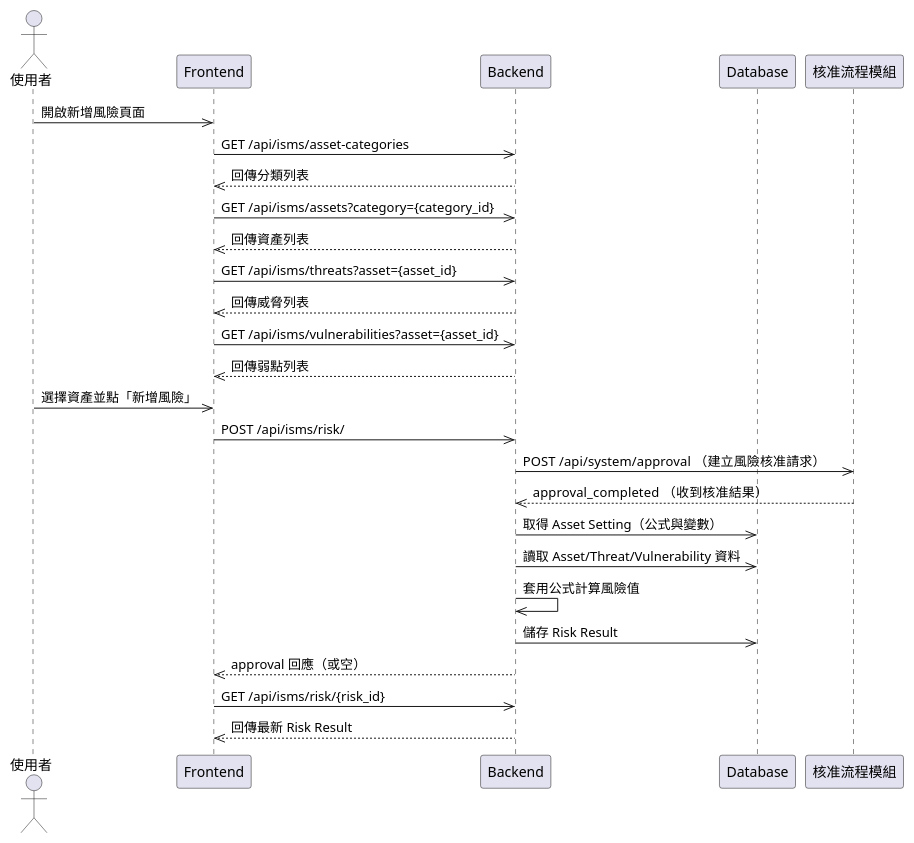
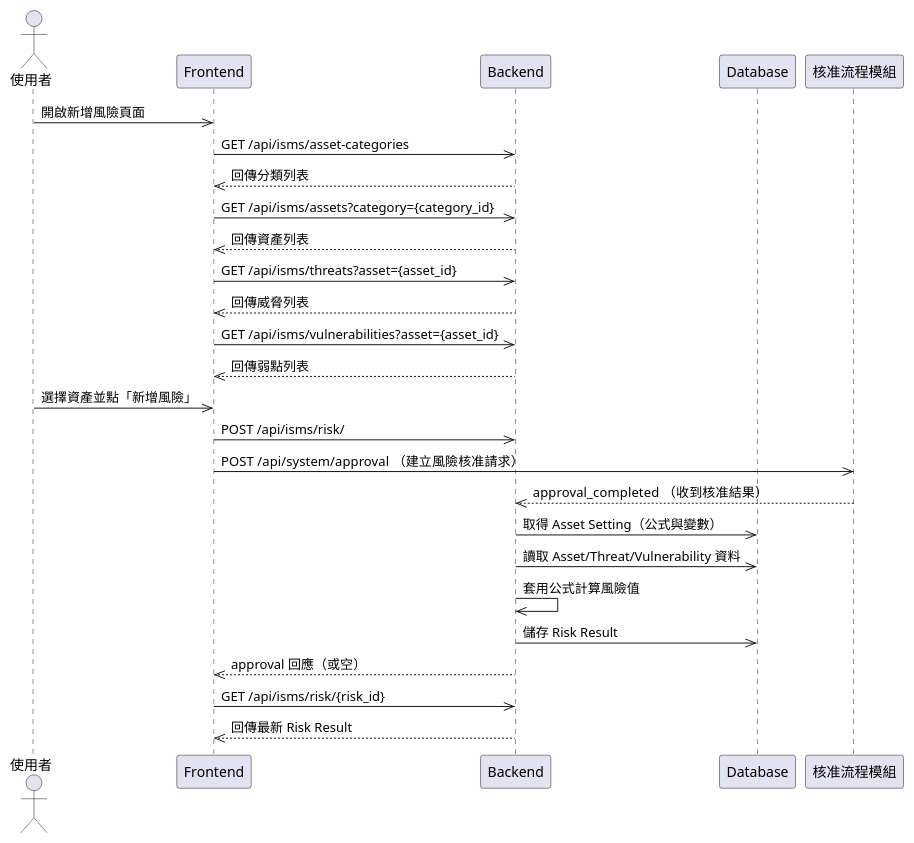
Before and after one commit to walle45611/NTUB_SecuManag_Diagram: the diagram in plantUML/sequence/risk_evaluation.puml, drawn with PlantUML. The commit also changed 5 other files, not shown here.

```diff
--- a/plantUML/sequence/risk_evaluation.puml
+++ b/plantUML/sequence/risk_evaluation.puml
@@ -1,28 +1,28 @@
 @startuml
 actor User as "使用者"
 participant Frontend
 participant Backend
 participant Database
 participant Approval as "核准流程模組"
 
 User ->> Frontend: 開啟新增風險頁面
 Frontend ->> Backend: GET /api/isms/asset-categories
 Backend -->> Frontend: 回傳分類列表
 Frontend ->> Backend: GET /api/isms/assets?category={category_id}
 Backend -->> Frontend: 回傳資產列表
 Frontend ->> Backend: GET /api/isms/threats?asset={asset_id}
 Backend -->> Frontend: 回傳威脅列表
 Frontend ->> Backend: GET /api/isms/vulnerabilities?asset={asset_id}
 Backend -->> Frontend: 回傳弱點列表
 User ->> Frontend: 選擇資產並點「新增風險」
 Frontend ->> Backend: POST /api/isms/risk/
-Backend ->> Approval: POST /api/system/approval  （建立風險核准請求）
+Frontend ->> Approval: POST /api/system/approval  （建立風險核准請求）
 Approval -->> Backend: approval_completed  （收到核准結果）
 Backend ->> Database: 取得 Asset Setting（公式與變數）
 Backend ->> Database: 讀取 Asset/Threat/Vulnerability 資料
 Backend ->> Backend: 套用公式計算風險值
 Backend ->> Database: 儲存 Risk Result
 Backend -->> Frontend: approval 回應（或空）
 Frontend ->> Backend: GET /api/isms/risk/{risk_id}
 Backend -->> Frontend: 回傳最新 Risk Result
 @enduml
```
